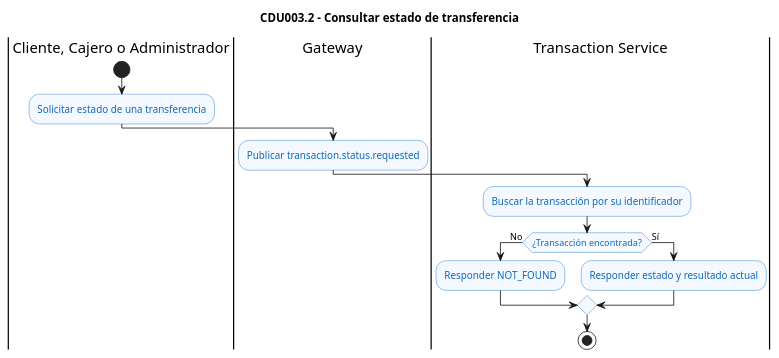
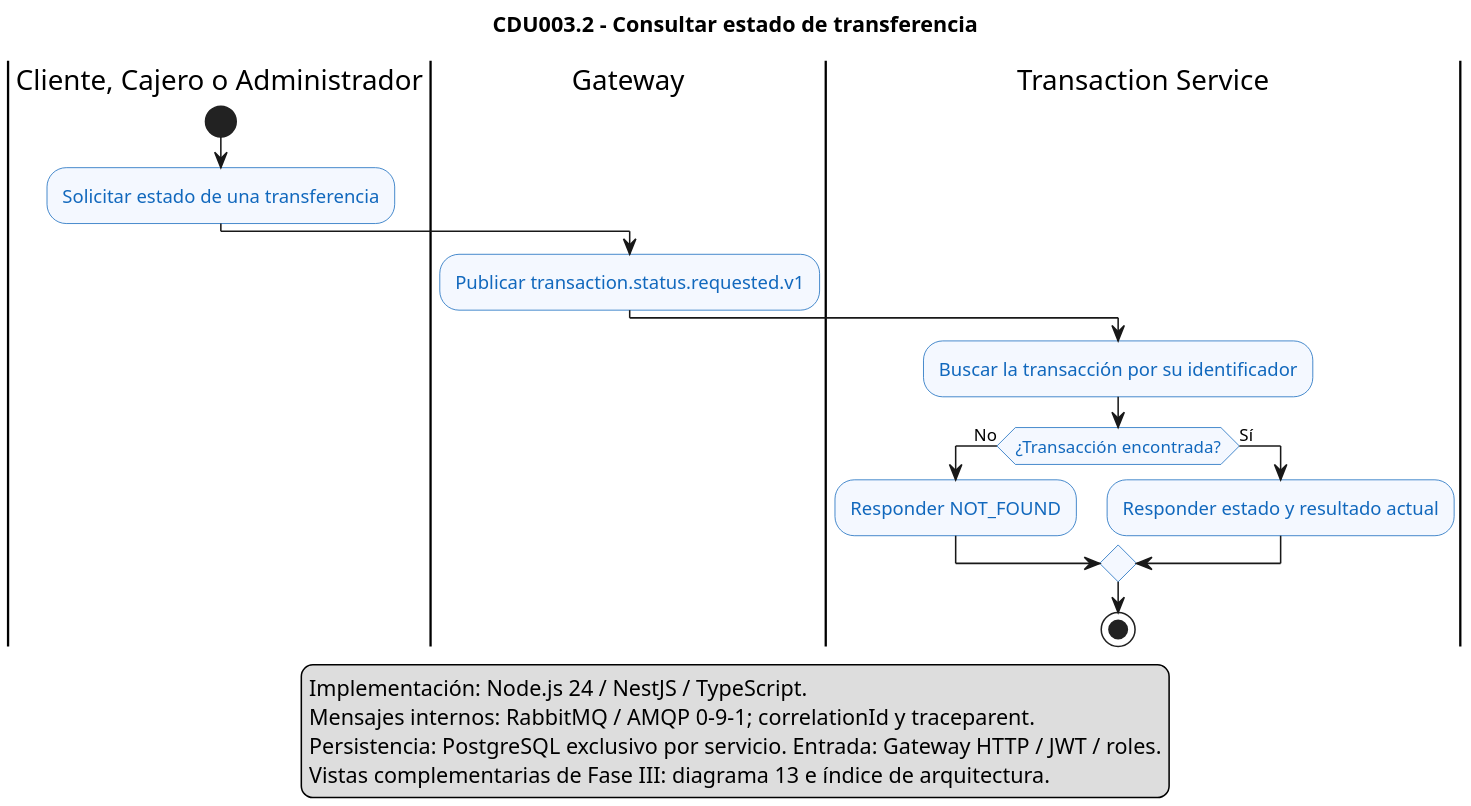
The diagram in docs/architecture/diagrams/cdu/transaction/flujos/CDU003.2-consultar-estado.puml (marcosbondel/Proyecto-SA-B-2), drawn with PlantUML before and after one commit. The commit also changed 74 other files, not shown here.

Commit message:
docs(cdu-er): actualizar casos de uso UML nativos, flujos de negocio y modelos ER fisicos

```diff
--- a/docs/architecture/diagrams/cdu/transaction/flujos/CDU003.2-consultar-estado.puml
+++ b/docs/architecture/diagrams/cdu/transaction/flujos/CDU003.2-consultar-estado.puml
@@ -1,24 +1,31 @@
 @startuml CDU003.2-consultar-estado
 title CDU003.2 - Consultar estado de transferencia
 
 skinparam shadowing false
+skinparam dpi 180
 skinparam activity {
     BackgroundColor #F4F8FF
     BorderColor #1168BD
     FontColor #1168BD
 }
 
 |Cliente, Cajero o Administrador|
 start
 :Solicitar estado de una transferencia;
 |Gateway|
-:Publicar transaction.status.requested;
+:Publicar transaction.status.requested.v1;
 |Transaction Service|
 :Buscar la transacción por su identificador;
 if (¿Transacción encontrada?) then (No)
     :Responder NOT_FOUND;
 else (Sí)
     :Responder estado y resultado actual;
 endif
 stop
+legend bottom
+  Implementación: Node.js 24 / NestJS / TypeScript.
+  Mensajes internos: RabbitMQ / AMQP 0-9-1; correlationId y traceparent.
+  Persistencia: PostgreSQL exclusivo por servicio. Entrada: Gateway HTTP / JWT / roles.
+  Vistas complementarias de Fase III: diagrama 13 e índice de arquitectura.
+endlegend
 @enduml
```
